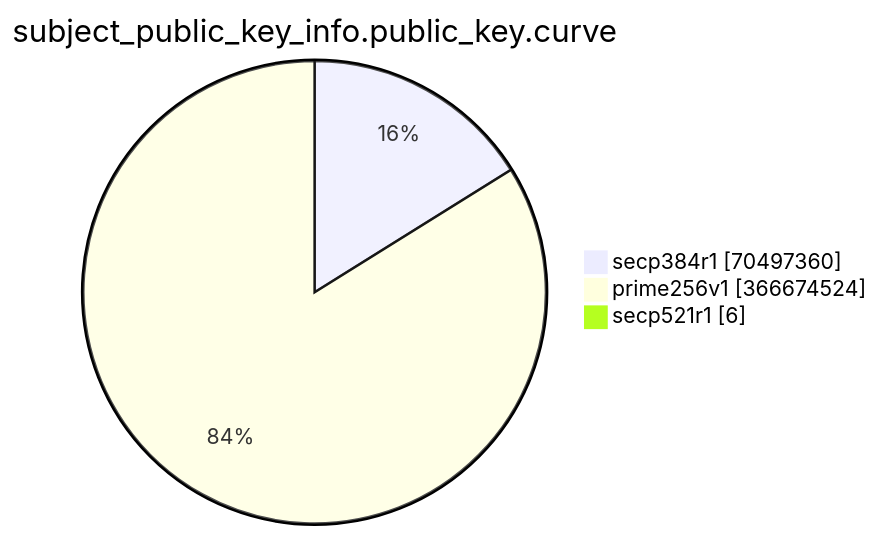
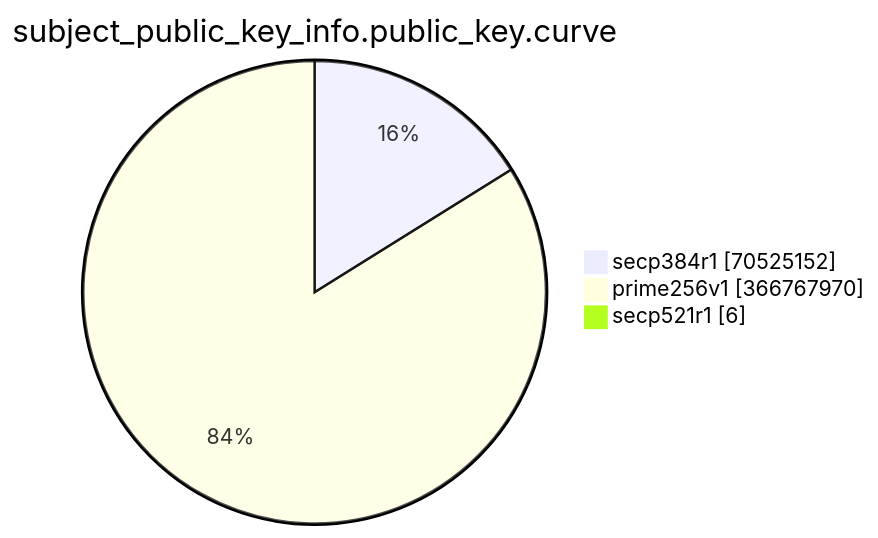
Before and after one commit to christiankrug/ctmonitor_visualization: the eighth of 15 diagrams in TOTAL/README.md, drawn with Mermaid. The commit also changed other lines of this file, not shown here.

````diff
--- a/TOTAL/README.md
+++ b/TOTAL/README.md
@@ -3094,7 +3094,7 @@
 ```mermaid
 pie showData
 title subject_public_key_info.public_key.curve
-"secp384r1" :70497360
-"prime256v1" :366674524
+"secp384r1" :70525152
+"prime256v1" :366767970
 "secp521r1" :6
 ```
````
